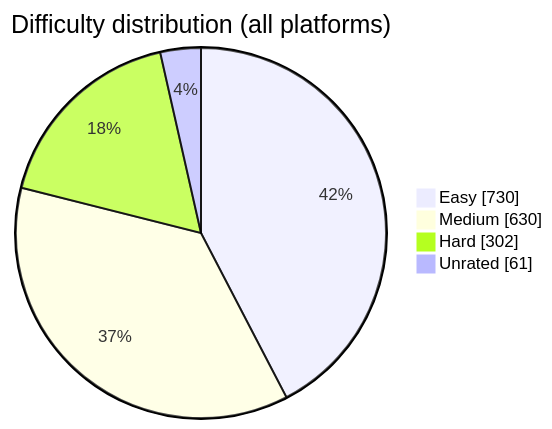
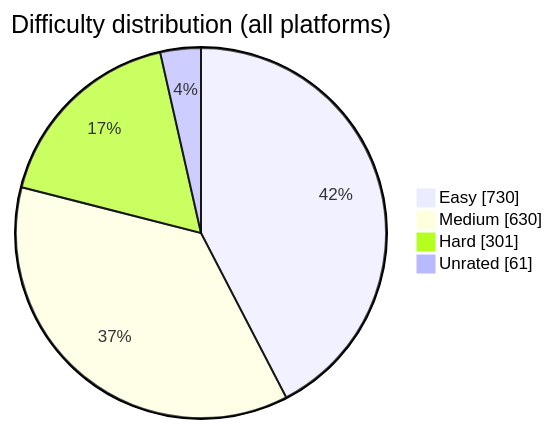
One commit to BuildbyArindam/Daily-Coding-Log changed the diagram in README.md. Above: the diagram before and after it, drawn with Mermaid. The commit also changed other lines of this file, not shown here.

````diff
--- a/README.md
+++ b/README.md
@@ -93,7 +93,7 @@
 ```mermaid
 pie showData title Difficulty distribution (all platforms)
     "Easy" : 730
     "Medium" : 630
-    "Hard" : 302
+    "Hard" : 301
     "Unrated" : 61
 ```
````
